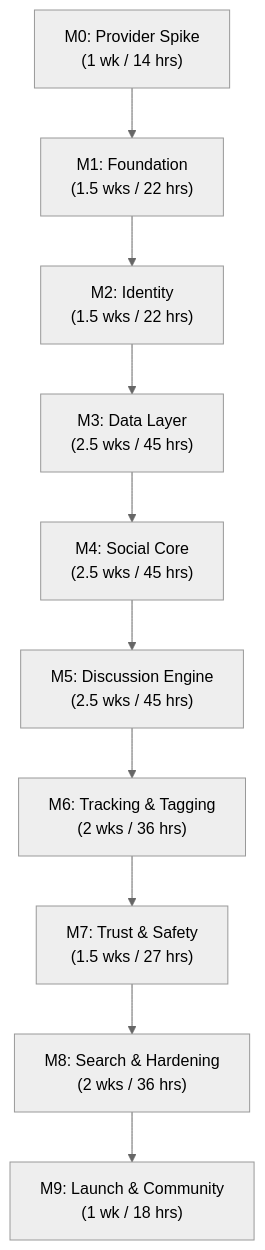
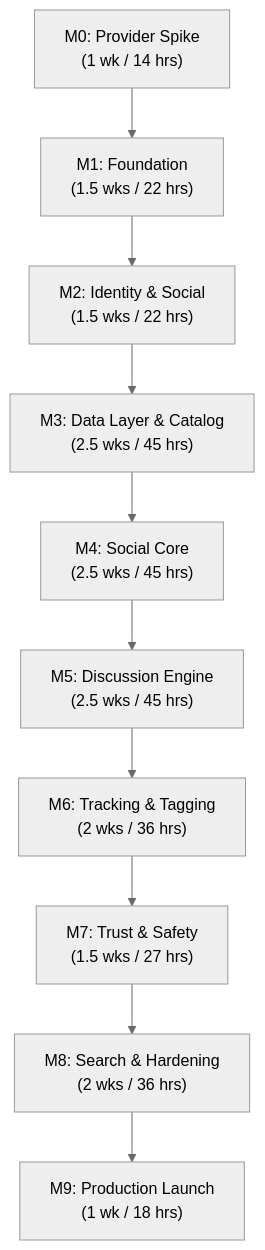
The diagram in docs/DEVELOPMENT.md (Dhruv-Patel-2007/Anivio), drawn with Mermaid (neutral theme) before and after one commit. The commit also changed other lines of this file, not shown here.

````diff
--- a/docs/DEVELOPMENT.md
+++ b/docs/DEVELOPMENT.md
@@ -17,12 +18,12 @@
 ```mermaid
 flowchart TD
     M0["M0: Provider Spike\n(1 wk / 14 hrs)"] --> M1["M1: Foundation\n(1.5 wks / 22 hrs)"]
-    M1 --> M2["M2: Identity\n(1.5 wks / 22 hrs)"]
-    M2 --> M3["M3: Data Layer\n(2.5 wks / 45 hrs)"]
+    M1 --> M2["M2: Identity & Social\n(1.5 wks / 22 hrs)"]
+    M2 --> M3["M3: Data Layer & Catalog\n(2.5 wks / 45 hrs)"]
     M3 --> M4["M4: Social Core\n(2.5 wks / 45 hrs)"]
     M4 --> M5["M5: Discussion Engine\n(2.5 wks / 45 hrs)"]
     M5 --> M6["M6: Tracking & Tagging\n(2 wks / 36 hrs)"]
     M6 --> M7["M7: Trust & Safety\n(1.5 wks / 27 hrs)"]
     M7 --> M8["M8: Search & Hardening\n(2 wks / 36 hrs)"]
-    M8 --> M9["M9: Launch & Community\n(1 wk / 18 hrs)"]
+    M8 --> M9["M9: Production Launch\n(1 wk / 18 hrs)"]
 ```
````
